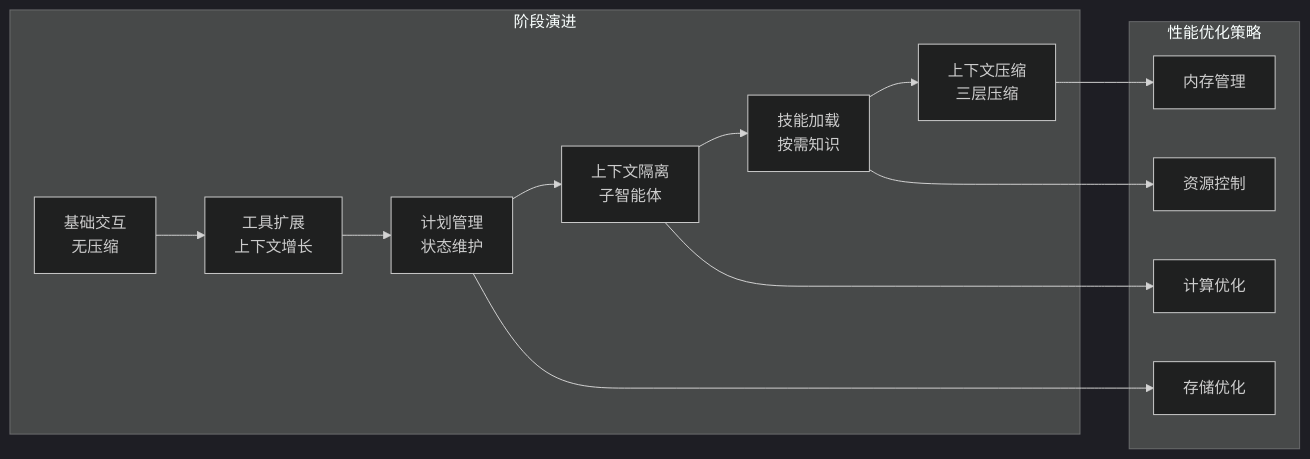
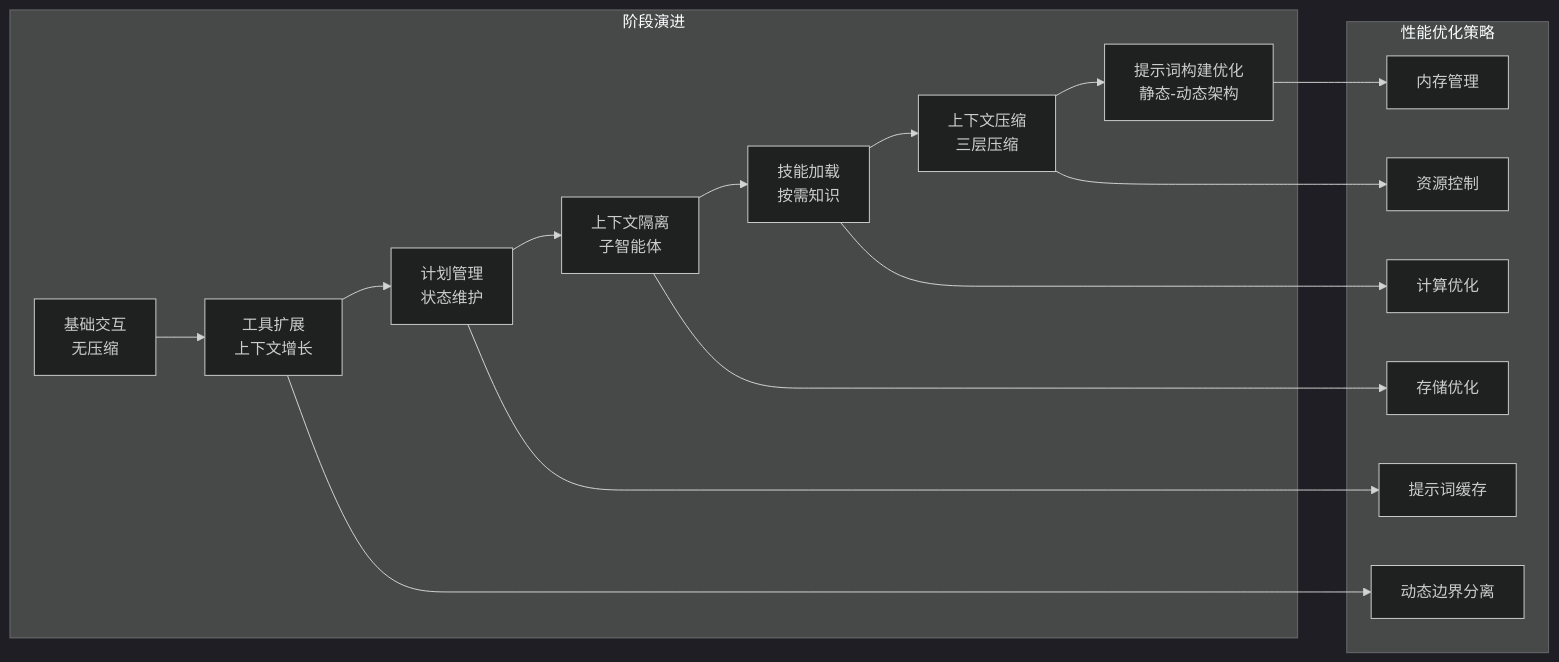
Before and after one commit to eurekaYYzero/Mini-Claude-Code: the fourth of 18 diagrams in .qoder/repowiki/zh/content/高级主题/性能优化策略.md, drawn with Mermaid (dark theme). The commit also changed other lines of this file and 20 other files, not shown here.

````diff
--- a/.qoder/repowiki/zh/content/高级主题/性能优化策略.md
+++ b/.qoder/repowiki/zh/content/高级主题/性能优化策略.md
@@ -153,22 +173,27 @@
 ```mermaid
 graph LR
 subgraph "阶段演进"
 A["基础交互<br/>无压缩"]
 B["工具扩展<br/>上下文增长"]
 C["计划管理<br/>状态维护"]
 D["上下文隔离<br/>子智能体"]
 E["技能加载<br/>按需知识"]
 F["上下文压缩<br/>三层压缩"]
+G["提示词构建优化<br/>静态-动态架构"]
 end
 subgraph "性能优化策略"
 P1["内存管理"]
 P2["资源控制"]
 P3["计算优化"]
 P4["存储优化"]
+P5["提示词缓存"]
+P6["动态边界分离"]
 end
-A --> B --> C --> D --> E --> F
-F --> P1
-E --> P2
-D --> P3
-C --> P4
+A --> B --> C --> D --> E --> F --> G
+G --> P1
+F --> P2
+E --> P3
+D --> P4
+C --> P5
+B --> P6
 ```
````
